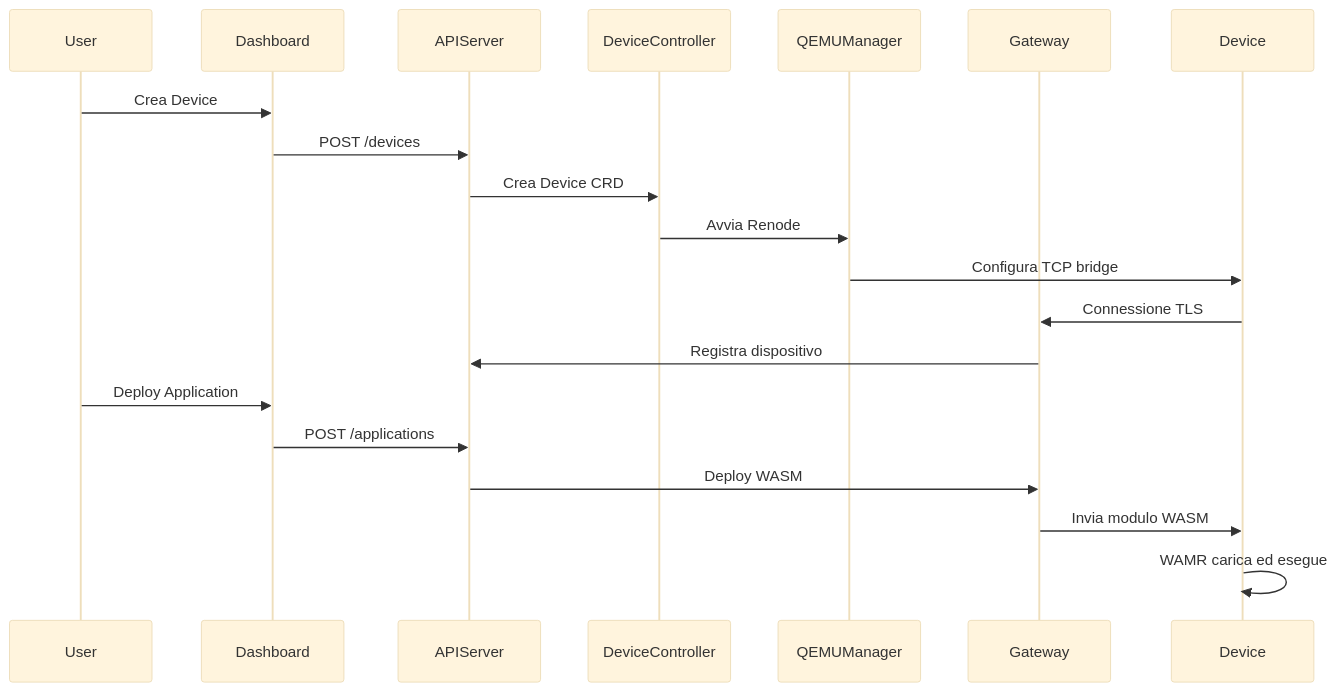
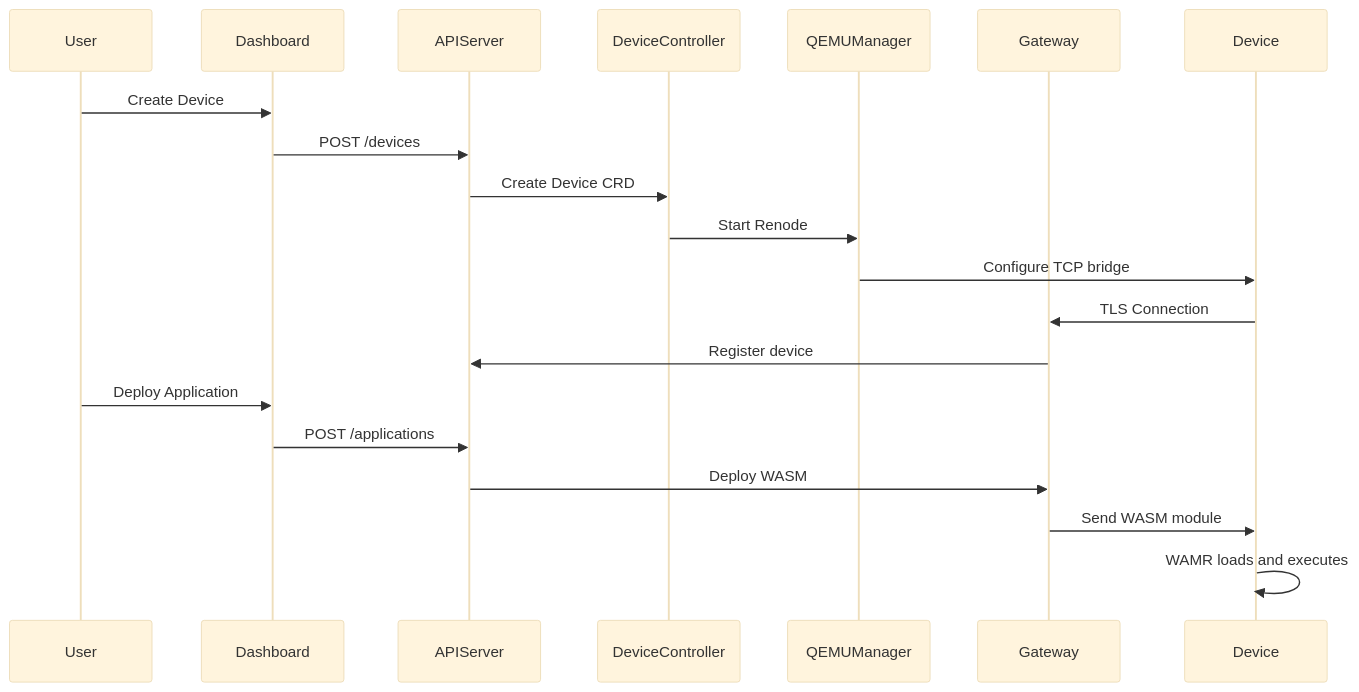
One commit to lucadagati/retrospect changed the first of 3 diagrams in doc/ARCHITECTURE.md. Above: the diagram before and after it, drawn with Mermaid (base theme). The commit also changed other lines of this file and 1 other file, not shown here.

First line of the commit message:
doc: Rewrite README and ARCHITECTURE in English with detailed component descriptions

````diff
--- a/doc/ARCHITECTURE.md
+++ b/doc/ARCHITECTURE.md
@@ -70,24 +93,24 @@
 ```mermaid
 sequenceDiagram
     participant User
     participant Dashboard
     participant APIServer
     participant DeviceController
     participant QEMUManager
     participant Gateway
     participant Device
     
-    User->>Dashboard: Crea Device
+    User->>Dashboard: Create Device
     Dashboard->>APIServer: POST /devices
-    APIServer->>DeviceController: Crea Device CRD
-    DeviceController->>QEMUManager: Avvia Renode
-    QEMUManager->>Device: Configura TCP bridge
-    Device->>Gateway: Connessione TLS
-    Gateway->>APIServer: Registra dispositivo
+    APIServer->>DeviceController: Create Device CRD
+    DeviceController->>QEMUManager: Start Renode
+    QEMUManager->>Device: Configure TCP bridge
+    Device->>Gateway: TLS Connection
+    Gateway->>APIServer: Register device
     
     User->>Dashboard: Deploy Application
     Dashboard->>APIServer: POST /applications
     APIServer->>Gateway: Deploy WASM
-    Gateway->>Device: Invia modulo WASM
-    Device->>Device: WAMR carica ed esegue
+    Gateway->>Device: Send WASM module
+    Device->>Device: WAMR loads and executes
 ```
````
